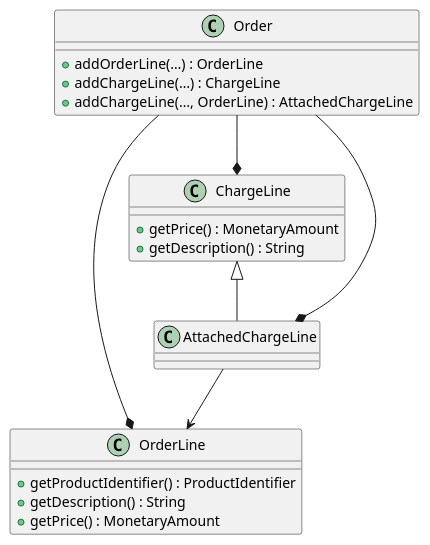
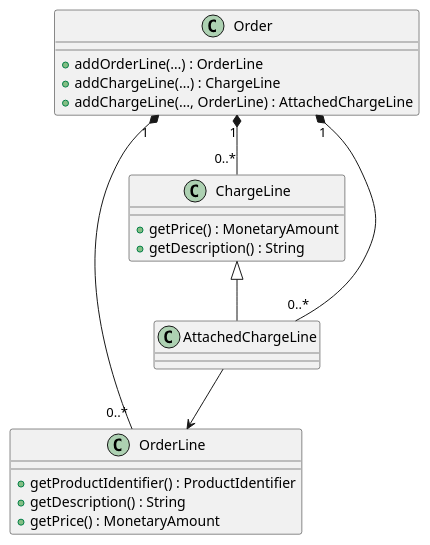
The first of 2 diagrams in src/main/asciidoc/salespoint-reference.adoc (st-tu-dresden/salespoint), drawn with PlantUML before and after one commit.

Commit message:
#224 - Fixed aggregation direction in order class diagram.

```diff
--- a/src/main/asciidoc/salespoint-reference.adoc
+++ b/src/main/asciidoc/salespoint-reference.adoc
@@ -387,26 +387,26 @@
 [plantuml, order, svg]
 ....
 class OrderLine {
 + getProductIdentifier() : ProductIdentifier
 + getDescription() : String
 + getPrice() : MonetaryAmount
 }
 
 class ChargeLine {
 + getPrice() : MonetaryAmount
 + getDescription() : String
 }
 
 class AttachedChargeLine extends ChargeLine
 AttachedChargeLine --> OrderLine
 
 class Order {
 + addOrderLine(…) : OrderLine
 + addChargeLine(…) : ChargeLine
 + addChargeLine(…, OrderLine) : AttachedChargeLine
 }
 
-Order --* OrderLine
-Order --* ChargeLine
-Order --* AttachedChargeLine
+Order "1" *-- "0..*" OrderLine
+Order "1" *-- "0..*" ChargeLine
+Order "1" *-- "0..*" AttachedChargeLine
 ....
```
